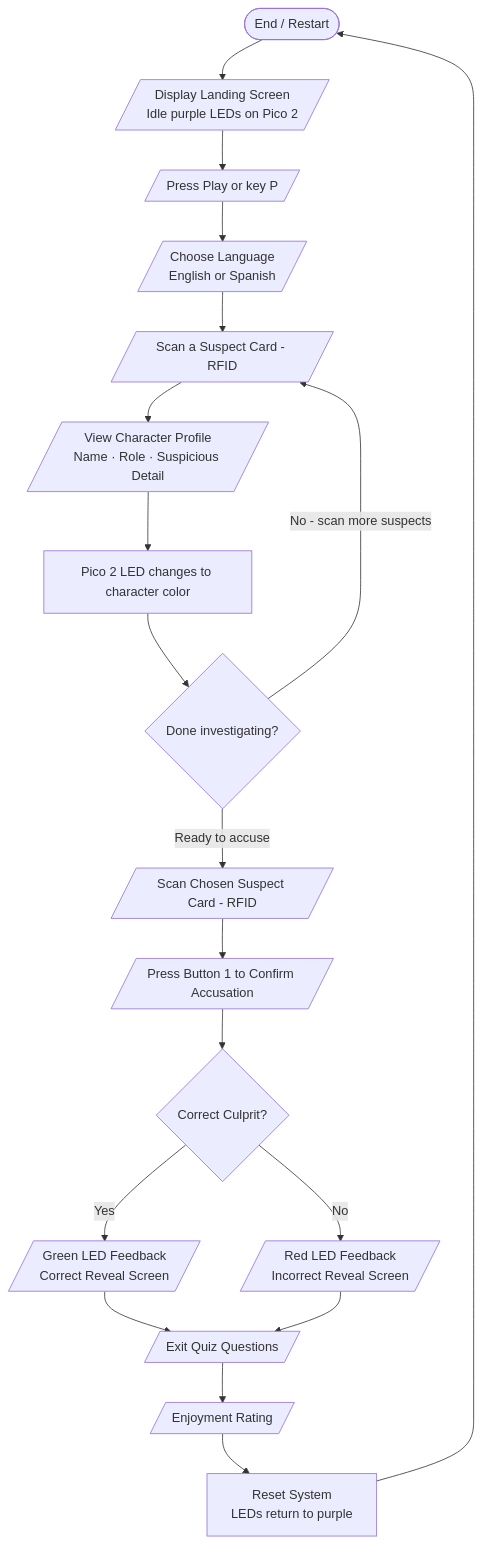
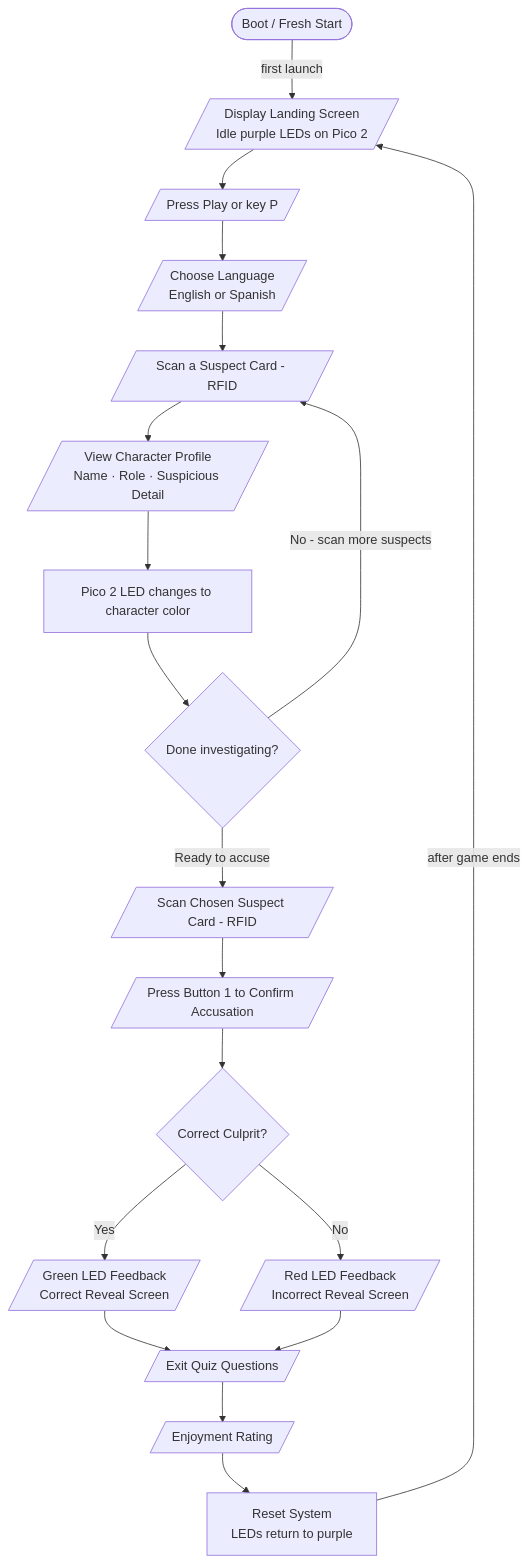
The second of 4 diagrams in README.md (sachitsahoo/NU-Cornerstone-TF5-Project), drawn with Mermaid before and after one commit.

````diff
--- a/README.md
+++ b/README.md
@@ -43,21 +43,23 @@
 ```mermaid
 flowchart TD
-    A([Start]) --> B[/Display Landing Screen\nIdle purple LEDs on Pico 2/]
+    A([Boot / Fresh Start]) -->|first launch| B
+    P -->|after game ends| B
+
+    B[/Display Landing Screen\nIdle purple LEDs on Pico 2/]
     B --> C[/Press Play or key P/]
     C --> D[/Choose Language\nEnglish or Spanish/]
     D --> E[/Scan a Suspect Card - RFID/]
     E --> F[/View Character Profile\nName · Role · Suspicious Detail/]
     F --> G[Pico 2 LED changes to character color]
     G --> H{Done investigating?}
     H -->|No - scan more suspects| E
     H -->|Ready to accuse| I[/Scan Chosen Suspect Card - RFID/]
     I --> J[/Press Button 1 to Confirm Accusation/]
     J --> K{Correct Culprit?}
     K -->|Yes| L[/Green LED Feedback\nCorrect Reveal Screen/]
     K -->|No| M[/Red LED Feedback\nIncorrect Reveal Screen/]
     L --> N[/Exit Quiz Questions/]
     M --> N
     N --> O[/Enjoyment Rating/]
     O --> P[Reset System\nLEDs return to purple]
-    P --> A([End / Restart])
 ```
````
